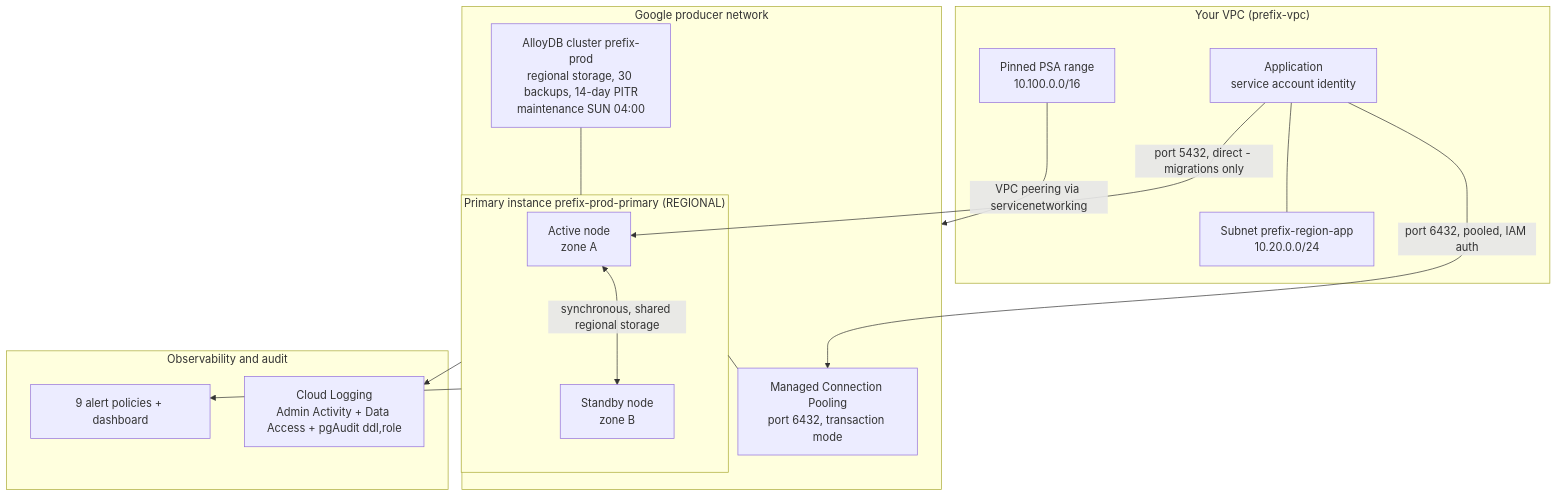
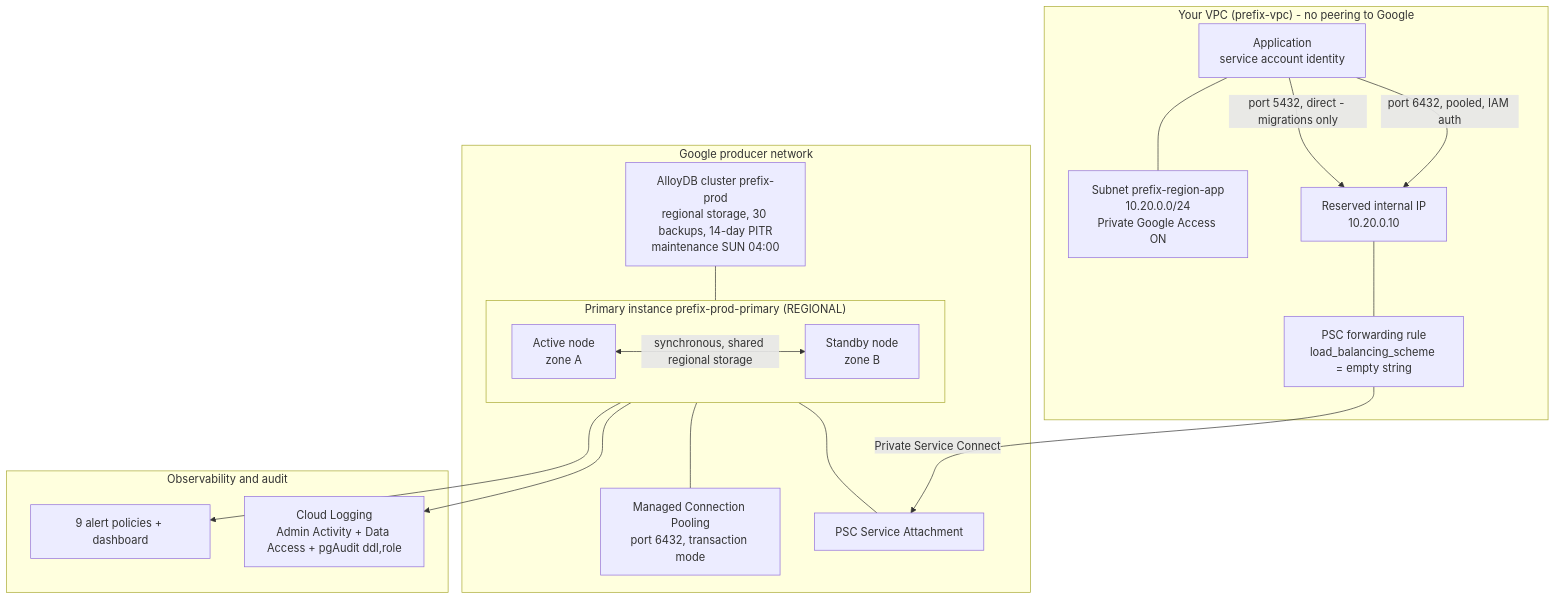
The diagram in terraform/examples/02-prod-ha/README.md (kkmbryan/alloydb-sharing-workshop), drawn with Mermaid before and after one commit. The commit also changed other lines of this file and 36 other files, not shown here.

First line of the commit message:
Standardise all Terraform examples and documentation on Private Service Connect

````diff
--- a/terraform/examples/02-prod-ha/README.md
+++ b/terraform/examples/02-prod-ha/README.md
@@ -50,33 +53,37 @@
 ```mermaid
 flowchart TB
-  subgraph vpc["Your VPC (prefix-vpc)"]
+  subgraph vpc["Your VPC (prefix-vpc) - no peering to Google"]
     app["Application<br/>service account identity"]
-    subnet["Subnet prefix-region-app<br/>10.20.0.0/24"]
-    psarange["Pinned PSA range<br/>10.100.0.0/16"]
+    subnet["Subnet prefix-region-app<br/>10.20.0.0/24<br/>Private Google Access ON"]
+    epip["Reserved internal IP<br/>10.20.0.10"]
+    fr["PSC forwarding rule<br/>load_balancing_scheme = empty string"]
     app --- subnet
+    epip --- fr
   end
 
   subgraph producer["Google producer network"]
     cluster["AlloyDB cluster prefix-prod<br/>regional storage, 30 backups, 14-day PITR<br/>maintenance SUN 04:00"]
     subgraph inst["Primary instance prefix-prod-primary (REGIONAL)"]
       active["Active node<br/>zone A"]
       standby["Standby node<br/>zone B"]
     end
     pooler["Managed Connection Pooling<br/>port 6432, transaction mode"]
+    sa["PSC Service Attachment"]
     cluster --- inst
     inst --- pooler
+    inst --- sa
   end
 
-  psarange -->|"VPC peering via servicenetworking"| producer
-  app -->|"port 6432, pooled, IAM auth"| pooler
-  app -->|"port 5432, direct - migrations only"| active
+  fr -->|"Private Service Connect"| sa
+  app -->|"port 6432, pooled, IAM auth"| epip
+  app -->|"port 5432, direct - migrations only"| epip
   active <-->|"synchronous, shared regional storage"| standby
 
   subgraph obs["Observability and audit"]
     alerts["9 alert policies + dashboard"]
     logs["Cloud Logging<br/>Admin Activity + Data Access + pgAudit ddl,role"]
   end
 
   inst --> alerts
   inst --> logs
 ```
````
